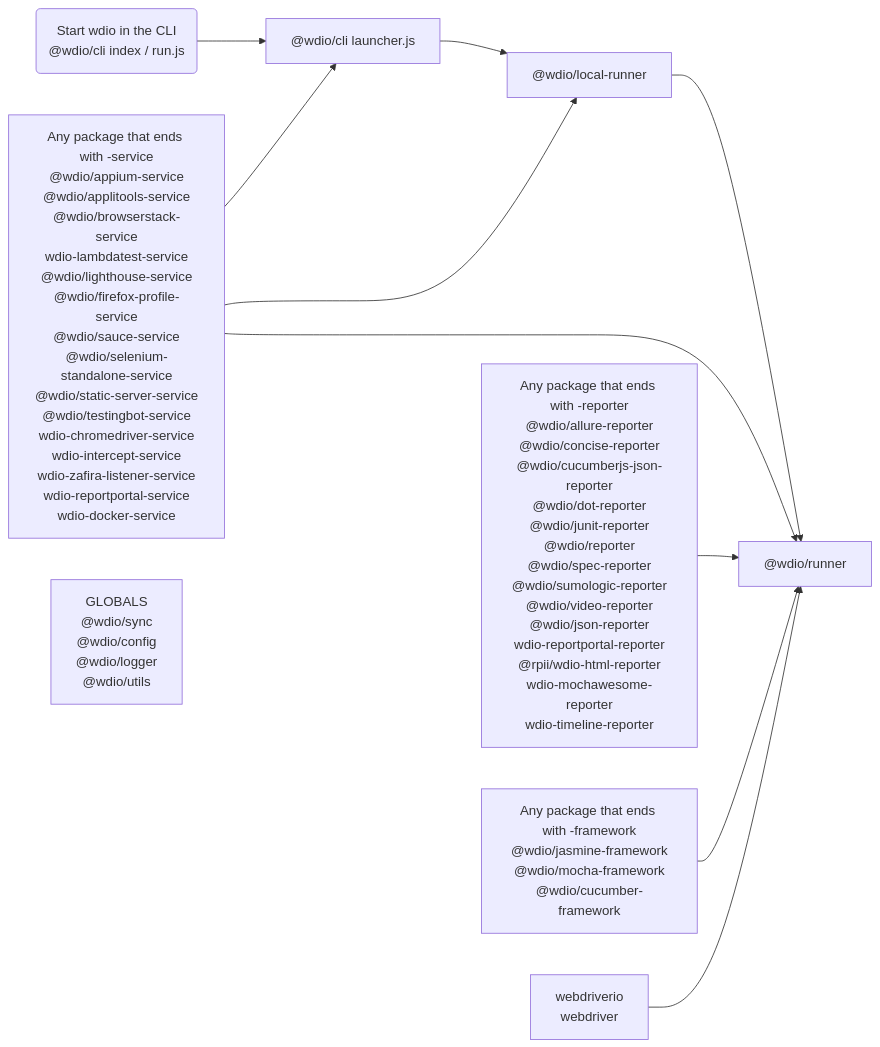
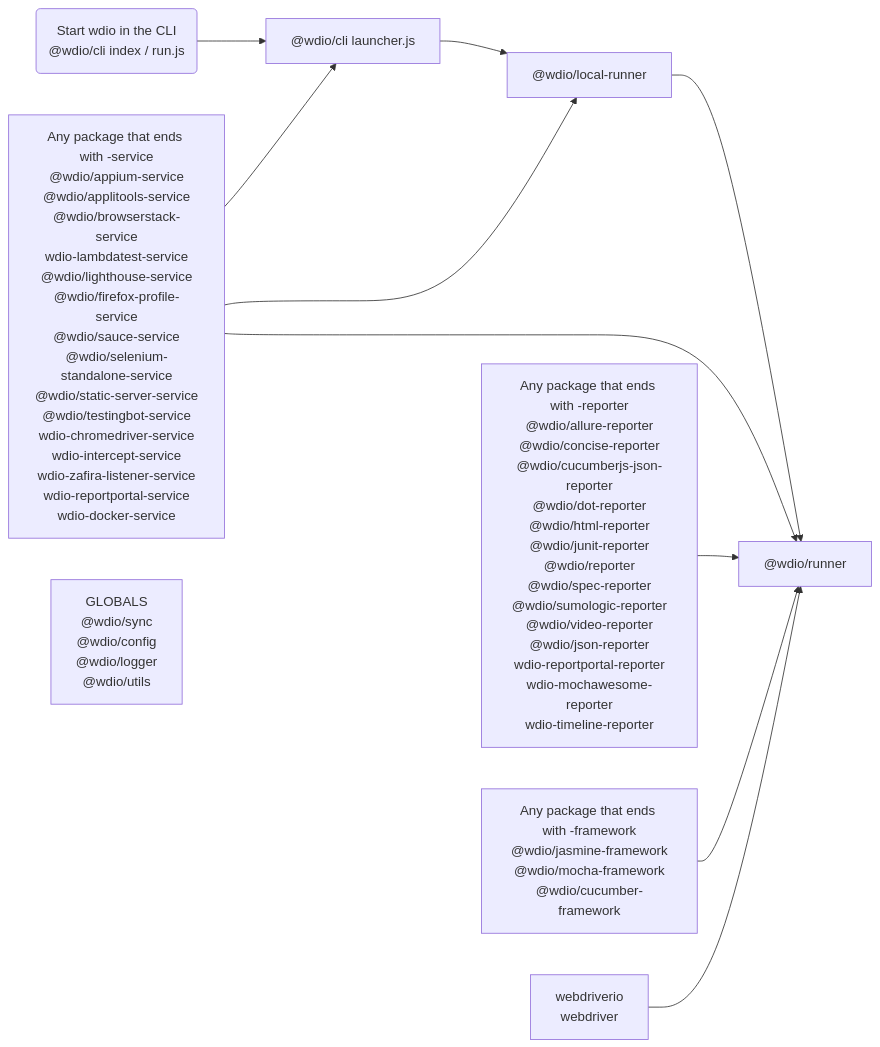
One commit to webdriverio/webdriverio changed the diagram in website/docs/flowcharts/HighLevelOverview.md. Above: the diagram before and after it, drawn with Mermaid. The commit also changed 36 other files, not shown here.

First line of the commit message:
feat(@wdio/html-reporter): move the HTML reporter into the main repository

````diff
--- a/website/docs/flowcharts/HighLevelOverview.md
+++ b/website/docs/flowcharts/HighLevelOverview.md
@@ -8,17 +8,17 @@
 ```mermaid
 graph LR
     START("Start wdio in the CLI<br> @wdio/cli index / run.js")-->
     LAUNCHER["@wdio/cli launcher.js"]-->
     LOCALRUNNER["@wdio/local-runner"]-->
     RUNNER["@wdio/runner"]
     LISTOFSERVICES["Any package that ends with -service<br>@wdio/appium-service<br>@wdio/applitools-service<br>@wdio/browserstack-service<br>wdio-lambdatest-service<br>@wdio/lighthouse-service<br>@wdio/firefox-profile-service<br>@wdio/sauce-service<br>@wdio/selenium-standalone-service<br>@wdio/static-server-service<br>@wdio/testingbot-service<br>wdio-chromedriver-service<br>wdio-intercept-service<br>wdio-zafira-listener-service<br>wdio-reportportal-service<br>wdio-docker-service"]-->
     LAUNCHER
     LISTOFSERVICES-->LOCALRUNNER
     LISTOFSERVICES-->RUNNER
-    REPORTER["Any package that ends with -reporter<br>@wdio/allure-reporter<br>@wdio/concise-reporter<br>@wdio/cucumberjs-json-reporter<br>@wdio/dot-reporter<br>@wdio/junit-reporter<br>@wdio/reporter<br>@wdio/spec-reporter<br>@wdio/sumologic-reporter<br>@wdio/video-reporter<br>@wdio/json-reporter<br>wdio-reportportal-reporter<br>@rpii/wdio-html-reporter<br>wdio-mochawesome-reporter<br>wdio-timeline-reporter"]-->RUNNER
+    REPORTER["Any package that ends with -reporter<br>@wdio/allure-reporter<br>@wdio/concise-reporter<br>@wdio/cucumberjs-json-reporter<br>@wdio/dot-reporter<br>@wdio/html-reporter<br>@wdio/junit-reporter<br>@wdio/reporter<br>@wdio/spec-reporter<br>@wdio/sumologic-reporter<br>@wdio/video-reporter<br>@wdio/json-reporter<br>wdio-reportportal-reporter<br>wdio-mochawesome-reporter<br>wdio-timeline-reporter"]-->RUNNER
     FRAMEWORK["Any package that ends with -framework<br>@wdio/jasmine-framework<br>@wdio/mocha-framework<br>@wdio/cucumber-framework<br>"]-->
     RUNNER
     WEBDRIVER["webdriverio<br>webdriver"]-->
     RUNNER
     GLOBAL["GLOBALS<br>@wdio/sync<br>@wdio/config<br>@wdio/logger<br>@wdio/utils"]
 ```
````
